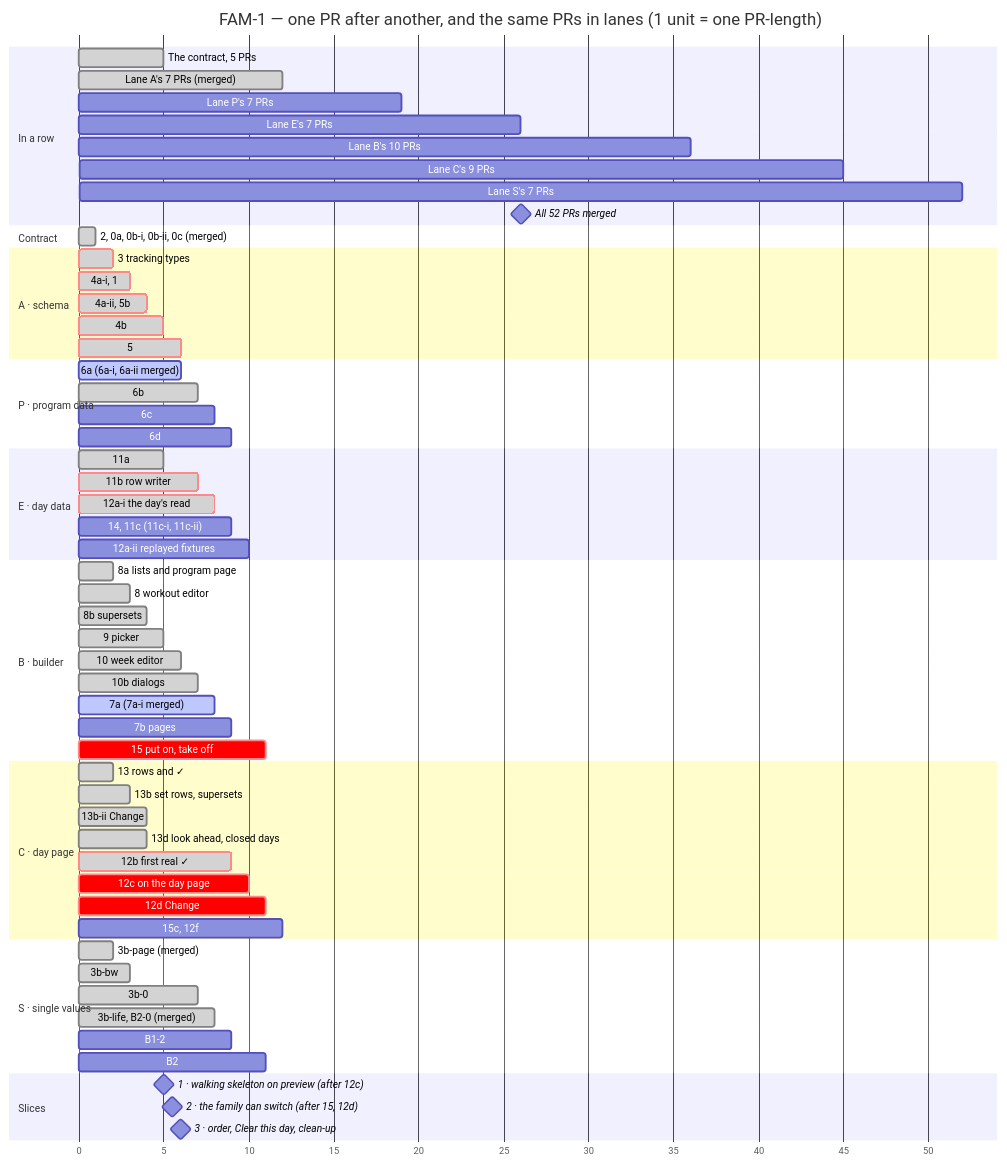
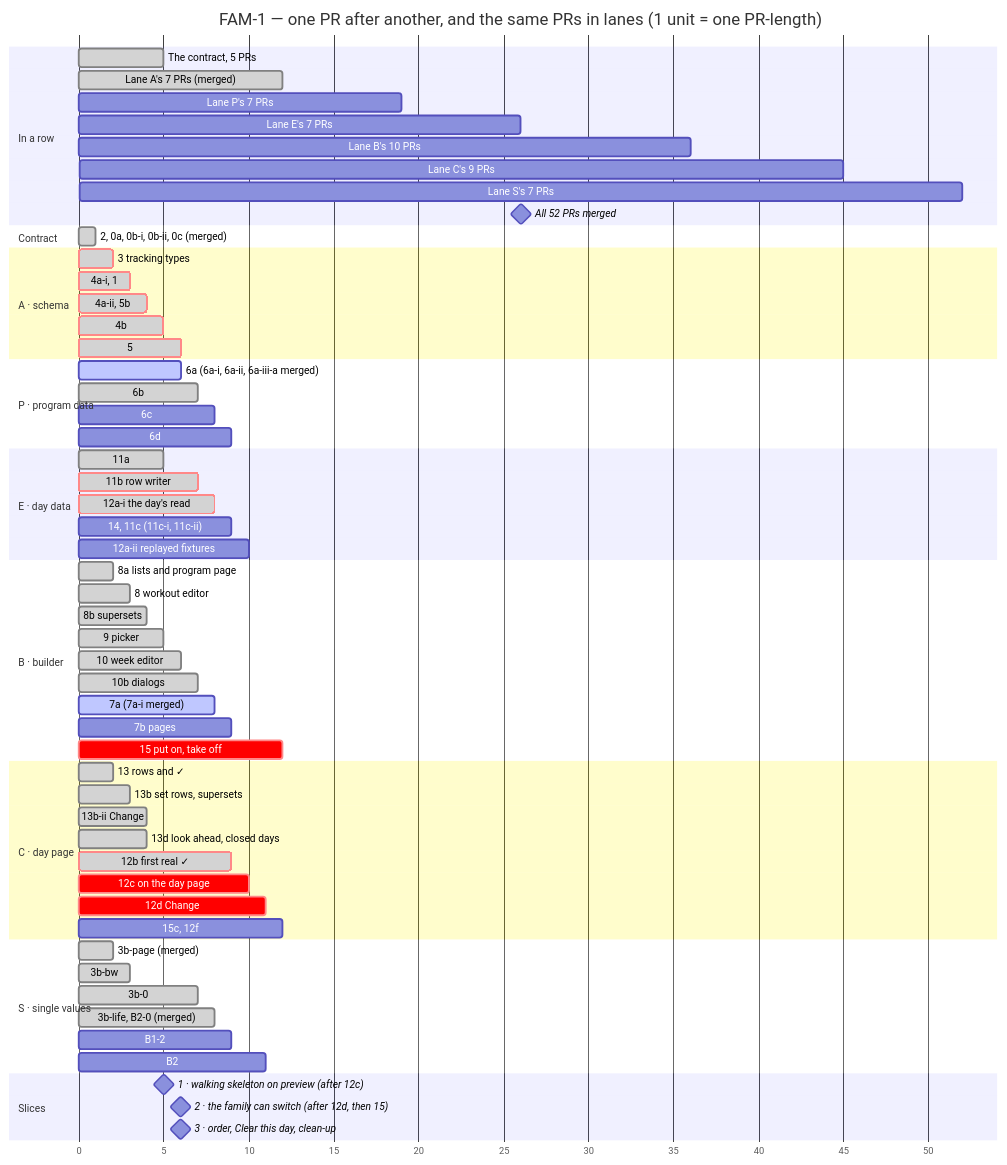
The second of 2 diagrams in docs/milestones/fam-1-family-program.md (ralamode/mat-plan), drawn with Mermaid before and after one commit. The commit also changed other lines of this file and 2 other files, not shown here.

````diff
--- a/docs/milestones/fam-1-family-program.md
+++ b/docs/milestones/fam-1-family-program.md
@@ -258,74 +258,74 @@
 ```mermaid
 gantt
   title FAM-1 — one PR after another, and the same PRs in lanes (1 unit = one PR-length)
   dateFormat X
   axisFormat %s
   todayMarker off
 
   section In a row
   The contract, 5 PRs          :done, r0, 0, 5
   Lane A's 7 PRs (merged)      :done, r1, 5, 12
   Lane P's 7 PRs               :r2, 12, 19
   Lane E's 7 PRs               :r3, 19, 26
   Lane B's 10 PRs              :r4, 26, 36
   Lane C's 9 PRs               :r5, 36, 45
   Lane S's 7 PRs               :r6, 45, 52
   All 52 PRs merged            :milestone, rm, 52, 52
 
   section Contract
   2, 0a, 0b-i, 0b-ii, 0c (merged) :done, c0, 0, 1
 
   section A · schema
   3 tracking types             :crit, done, a1, 1, 2
   4a-i, 1                      :crit, done, a2, 2, 3
   4a-ii, 5b                    :crit, done, a3, 3, 4
   4b                           :crit, done, a4, 4, 5
   5                            :crit, done, a5, 5, 6
 
   section P · program data
-  6a (6a-i, 6a-ii merged)      :active, p1, 5, 6
+  6a (6a-i, 6a-ii, 6a-iii-a merged) :active, p1, 5, 6
   6b                           :done, p2, 6, 7
   6c                           :p3, 7, 8
   6d                           :p4, 8, 9
 
   section E · day data
   11a                          :done, e1, 4, 5
   11b row writer               :crit, done, e2, 5, 7
   12a-i the day's read         :crit, done, e3, 7, 8
   14, 11c (11c-i, 11c-ii)      :e4, 8, 9
   12a-ii replayed fixtures     :e5, 9, 10
 
   section B · builder
   8a lists and program page    :done, b1, 1, 2
   8 workout editor             :done, b2, 2, 3
   8b supersets                 :done, b3, 3, 4
   9 picker                     :done, b4, 4, 5
   10 week editor               :done, b5, 5, 6
   10b dialogs                  :done, b6, 6, 7
   7a (7a-i merged)             :active, b7, 7, 8
   7b pages                     :b8, 8, 9
-  15 put on, take off          :crit, b9, 10, 11
+  15 put on, take off          :crit, b9, 11, 12
 
   section C · day page
   13 rows and ✓                :done, c1, 1, 2
   13b set rows, supersets      :done, c2, 2, 3
   13b-ii Change                :done, c2b, 3, 4
   13d look ahead, closed days  :done, c3, 3, 4
   12b first real ✓             :crit, done, c4, 8, 9
   12c on the day page          :crit, c5, 9, 10
   12d Change                   :crit, c6, 10, 11
   15c, 12f                     :c7, 11, 12
 
   section S · single values
   3b-page (merged)             :done, s1, 1, 2
   3b-bw                        :done, s2, 2, 3
   3b-0                         :done, s3, 6, 7
   3b-life, B2-0 (merged)       :done, s4, 7, 8
   B1-2                         :s5, 8, 9
   B2                           :s6, 10, 11
 
   section Slices
   1 · walking skeleton on preview (after 12c) :milestone, m1, 10, 10
-  2 · the family can switch (after 15, 12d)   :milestone, m2, 11, 11
+  2 · the family can switch (after 12d, then 15) :milestone, m2, 12, 12
   3 · order, Clear this day, clean-up         :milestone, m3, 12, 12
 ```
````
